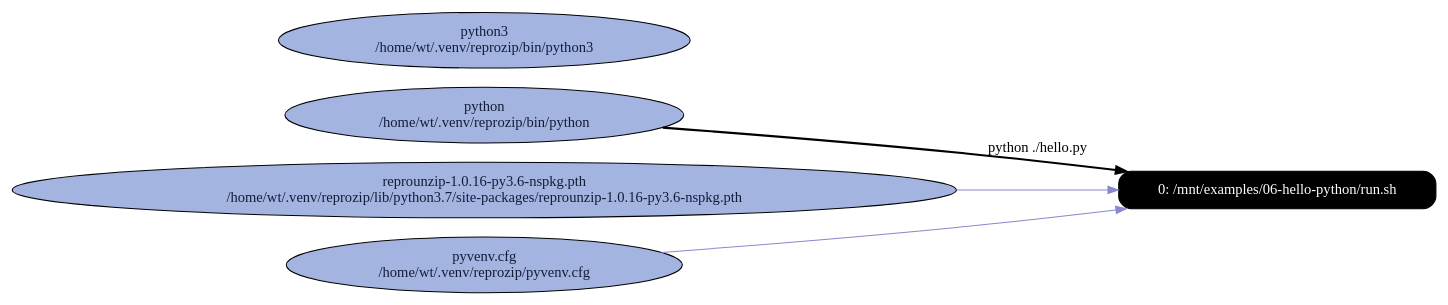
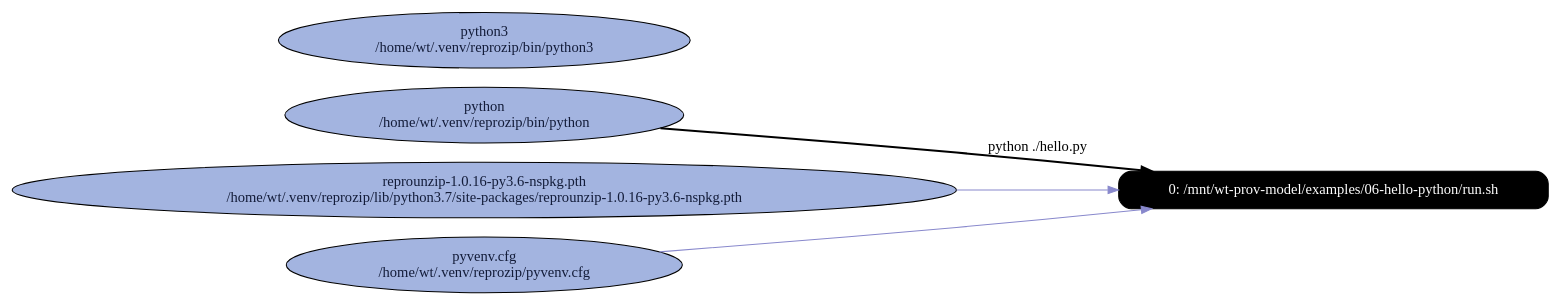
The diagram in examples/06-hello-python/graphs/rpz_A_run_with_input_and_output_files.dot (CIRSS/cpr), drawn with Graphviz before and after one commit. The commit also changed 106 other files, not shown here.

```diff
--- a/examples/06-hello-python/graphs/rpz_A_run_with_input_and_output_files.dot
+++ b/examples/06-hello-python/graphs/rpz_A_run_with_input_and_output_files.dot
@@ -1,19 +1,19 @@
 digraph G {
     rankdir=LR;
 
     /* programs */
     node [shape=box fontcolor=white fillcolor=black style="filled,rounded"];
-    run0 [label="0: /mnt/examples/06-hello-python/run.sh"];
+    run0 [label="0: /mnt/wt-prov-model/examples/06-hello-python/run.sh"];
 
     node [shape=ellipse fontcolor="#131C39" fillcolor="#C9D2ED"];
 
     /* other files */
     "/home/wt/.venv/reprozip/bin/python" [fillcolor="#A3B4E0", label="python\n/home/wt/.venv/reprozip/bin/python"];
     "/home/wt/.venv/reprozip/bin/python3" [fillcolor="#A3B4E0", label="python3\n/home/wt/.venv/reprozip/bin/python3"];
     "/home/wt/.venv/reprozip/lib/python3.7/site-packages/reprounzip-1.0.16-py3.6-nspkg.pth" [fillcolor="#A3B4E0", label="reprounzip-1.0.16-py3.6-nspkg.pth\n/home/wt/.venv/reprozip/lib/python3.7/site-packages/reprounzip-1.0.16-py3.6-nspkg.pth"];
     "/home/wt/.venv/reprozip/pyvenv.cfg" [fillcolor="#A3B4E0", label="pyvenv.cfg\n/home/wt/.venv/reprozip/pyvenv.cfg"];
 
     "/home/wt/.venv/reprozip/bin/python" -> run0 [style=bold, label="python ./hello.py"];
     "/home/wt/.venv/reprozip/pyvenv.cfg" -> run0 [color="#8888CC"];
     "/home/wt/.venv/reprozip/lib/python3.7/site-packages/reprounzip-1.0.16-py3.6-nspkg.pth" -> run0 [color="#8888CC"];
 }
```
